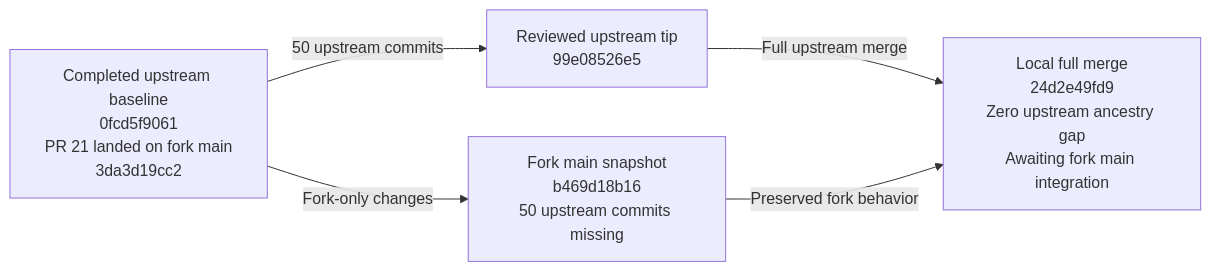
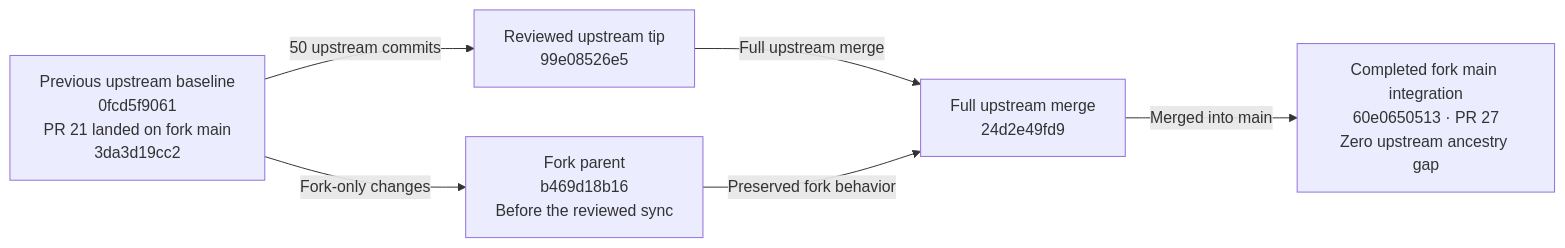
One commit to NicholasZolton/t3code changed the diagram in wiki/assets/upstream-integration.mmd. Above: the diagram before and after it, drawn with Mermaid. The commit also changed 3 other files, not shown here.

Commit message:
docs(wiki): record completed upstream integration

```diff
--- a/wiki/assets/upstream-integration.mmd
+++ b/wiki/assets/upstream-integration.mmd
@@ -1,17 +1,19 @@
 ---
 config:
   fontFamily: Arial, sans-serif
   themeVariables:
     fontFamily: Arial, sans-serif
 ---
 %% Render with mmdc -s 3 --no-font-embed to keep the SVG free of bundled fonts.
 flowchart LR
-    baseline["Completed upstream baseline<br/>0fcd5f9061<br/>PR 21 landed on fork main<br/>3da3d19cc2"]
+    baseline["Previous upstream baseline<br/>0fcd5f9061<br/>PR 21 landed on fork main<br/>3da3d19cc2"]
     latest["Reviewed upstream tip<br/>99e08526e5"]
-    fork["Fork main snapshot<br/>b469d18b16<br/>50 upstream commits missing"]
-    candidate["Local full merge<br/>24d2e49fd9<br/>Zero upstream ancestry gap<br/>Awaiting fork main integration"]
+    fork["Fork parent<br/>b469d18b16<br/>Before the reviewed sync"]
+    integration["Full upstream merge<br/>24d2e49fd9"]
+    main["Completed fork main integration<br/>60e0650513 · PR 27<br/>Zero upstream ancestry gap"]
 
     baseline -->|50 upstream commits| latest
     baseline -->|Fork-only changes| fork
-    latest -->|Full upstream merge| candidate
-    fork -->|Preserved fork behavior| candidate
+    latest -->|Full upstream merge| integration
+    fork -->|Preserved fork behavior| integration
+    integration -->|Merged into main| main
```
